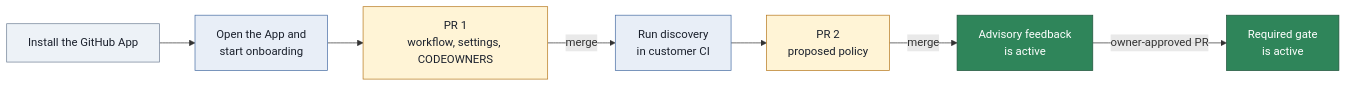
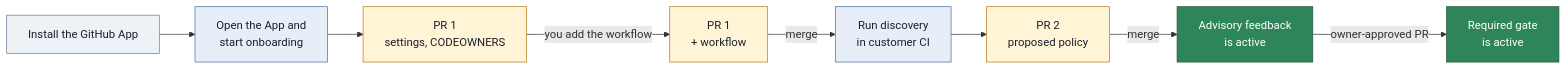
Before and after one commit to coupling-dev/archfit-app: the diagram in docs/user-guide.md, drawn with Mermaid. The commit also changed other lines of this file and 26 other files, not shown here.

````diff
--- a/docs/user-guide.md
+++ b/docs/user-guide.md
@@ -47,19 +86,20 @@
 ```mermaid
 flowchart LR
     INSTALL["Install the GitHub App"] --> START["Open the App and<br/>start onboarding"]
-    START --> PR1["PR 1<br/>workflow, settings, CODEOWNERS"]
-    PR1 -->|"merge"| DISCOVER["Run discovery<br/>in customer CI"]
+    START --> PR1["PR 1<br/>settings, CODEOWNERS"]
+    PR1 -->|"you add the workflow"| PR1W["PR 1<br/>+ workflow"]
+    PR1W -->|"merge"| DISCOVER["Run discovery<br/>in customer CI"]
     DISCOVER --> PR2["PR 2<br/>proposed policy"]
     PR2 -->|"merge"| ADVISORY["Advisory feedback<br/>is active"]
     ADVISORY -->|"owner-approved PR"| REQUIRED["Required gate<br/>is active"]
 
     classDef core fill:#2f855a,stroke:#22543d,color:#ffffff
     classDef control fill:#e8eef7,stroke:#4a6fa5,color:#1a202c
     classDef nottrusted fill:#fff4d6,stroke:#b7791f,color:#1a202c
     classDef neutral fill:#edf2f7,stroke:#718096,color:#1a202c
 
     class ADVISORY,REQUIRED core
     class START,DISCOVER control
-    class PR1,PR2 nottrusted
+    class PR1,PR1W,PR2 nottrusted
     class INSTALL neutral
 ```
````
